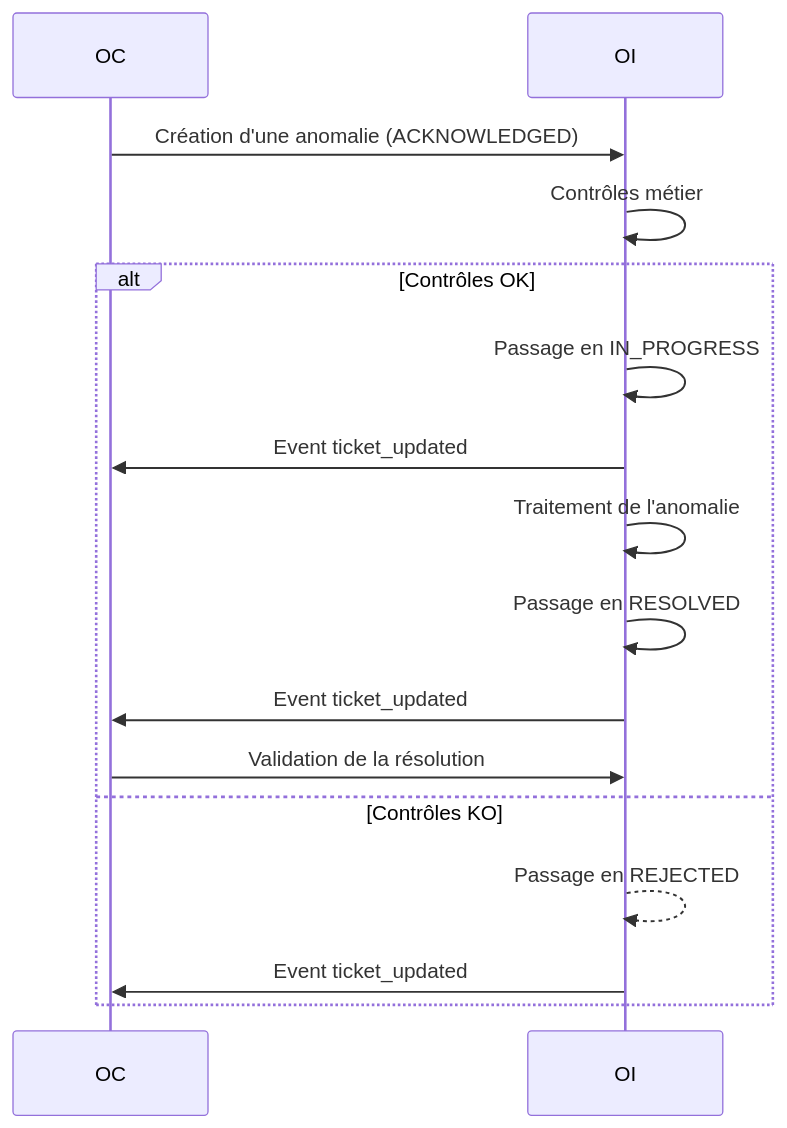
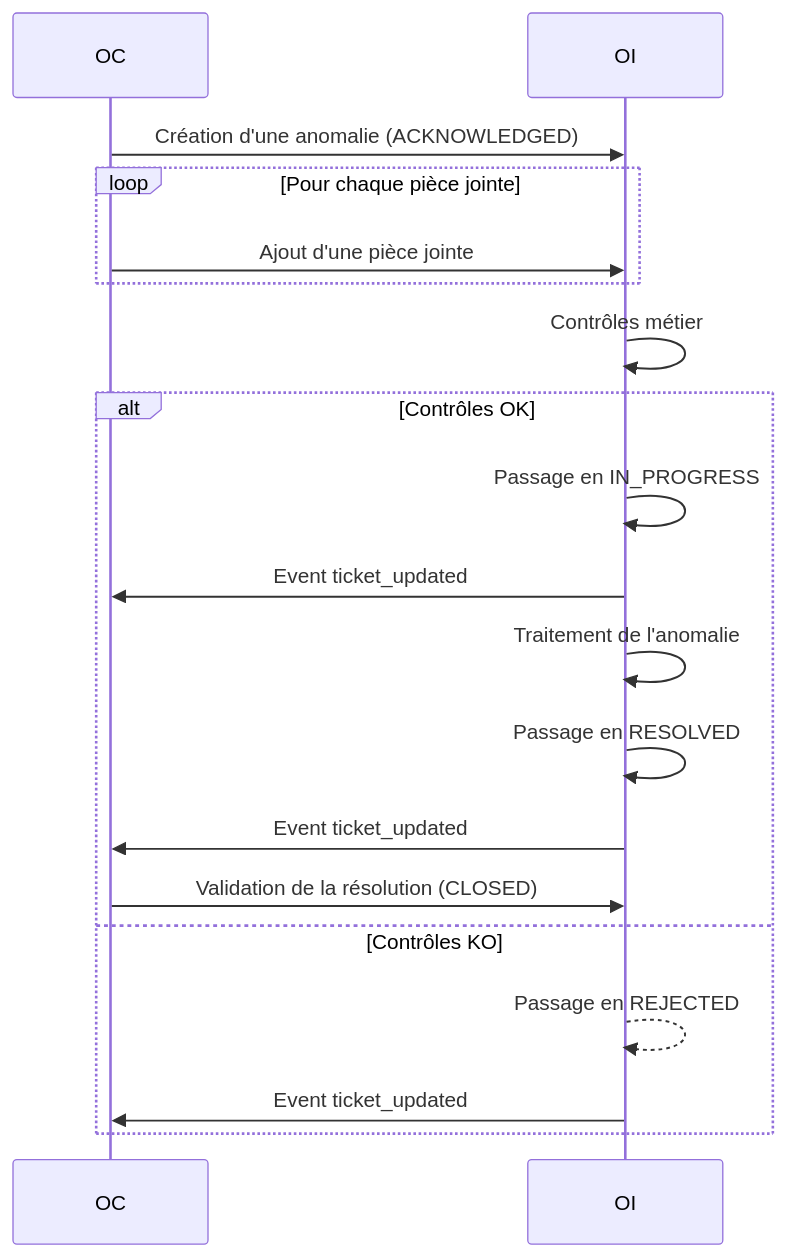
One commit to before-interop/anomalieAdresse changed the first of 5 diagrams in README.md. Above: the diagram before and after it, drawn with Mermaid. The commit also changed other lines of this file, not shown here.

Commit message:
add sequence diagrams

````diff
--- a/README.md
+++ b/README.md
@@ -25,21 +25,26 @@
 ```mermaid
 sequenceDiagram
 
   participant OC
   participant OI
 
   OC->>OI: Création d'une anomalie (ACKNOWLEDGED)
+  loop Pour chaque pièce jointe
+    OC->>OI: Ajout d'une pièce jointe
+  end
 
   OI->>OI: Contrôles métier
   alt Contrôles OK
     OI->>OI: Passage en IN_PROGRESS
     OI->>OC: Event ticket_updated
+
     OI->>OI: Traitement de l'anomalie
     OI->>OI: Passage en RESOLVED
     OI->>OC: Event ticket_updated
-    OC->>OI: Validation de la résolution
+
+    OC->>OI: Validation de la résolution (CLOSED)
   else Contrôles KO
     OI-->>OI: Passage en REJECTED
     OI->>OC: Event ticket_updated
   end
 ```
````
